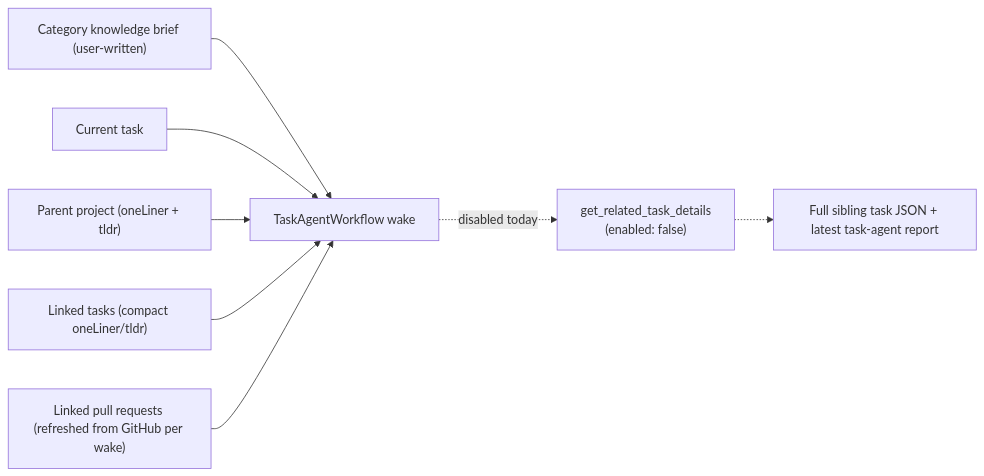
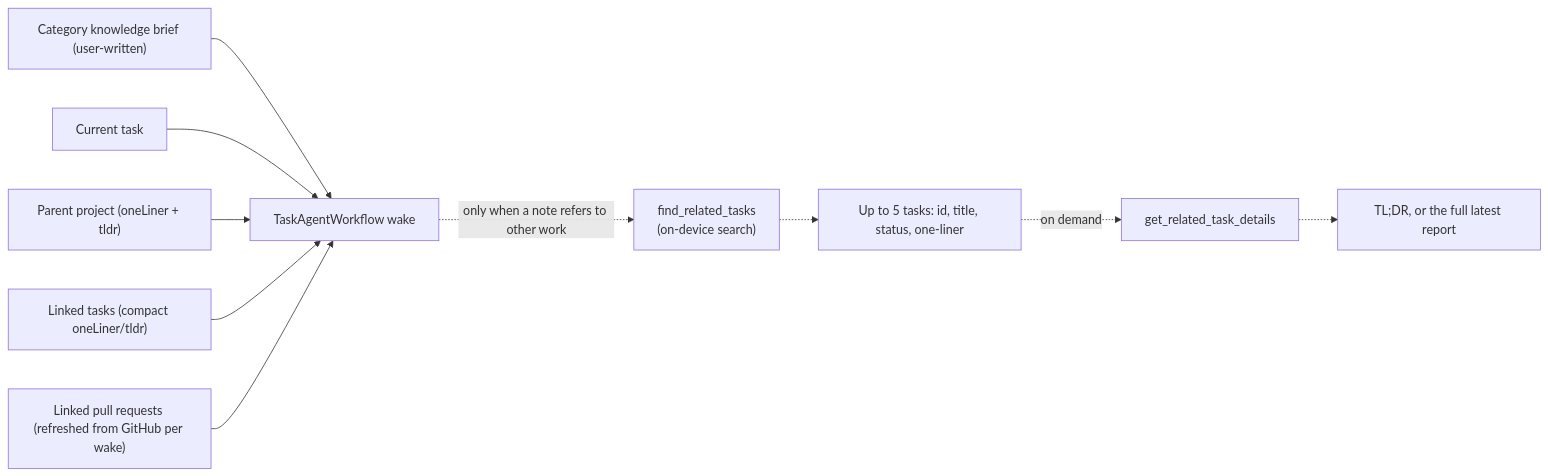
The fifth of 14 diagrams in knowledge/features/agents/task-agents.md (matthiasn/lotti), drawn with Mermaid before and after one commit. The commit also changed other lines of this file and 5 other files, not shown here.

Commit message:
docs: the task agent finds related tasks on demand (ADR 0155)

````diff
--- a/knowledge/features/agents/task-agents.md
+++ b/knowledge/features/agents/task-agents.md
@@ -437,10 +445,12 @@
 ```mermaid
 flowchart LR
   Brief["Category knowledge brief (user-written)"] --> Wake["TaskAgentWorkflow wake"]
   Task["Current task"] --> Wake
   Project["Parent project (oneLiner + tldr)"] --> Wake
   Linked["Linked tasks (compact oneLiner/tldr)"] --> Wake
   PRs["Linked pull requests (refreshed from GitHub per wake)"] --> Wake
-  Wake -.->|disabled today| Drill["get_related_task_details<br/>(enabled: false)"]
-  Drill -.-> FullSibling["Full sibling task JSON + latest task-agent report"]
+  Wake -.->|only when a note refers to other work| Find["find_related_tasks<br/>(on-device search)"]
+  Find -.-> Hits["Up to 5 tasks: id, title, status, one-liner"]
+  Hits -.->|on demand| Drill["get_related_task_details"]
+  Drill -.-> Summary["TL;DR, or the full latest report"]
 ```
````
